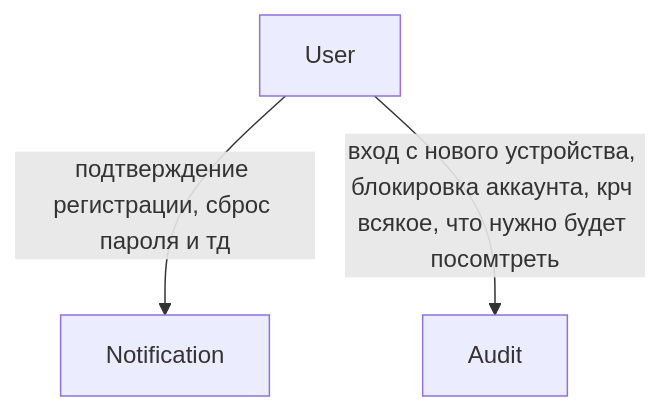
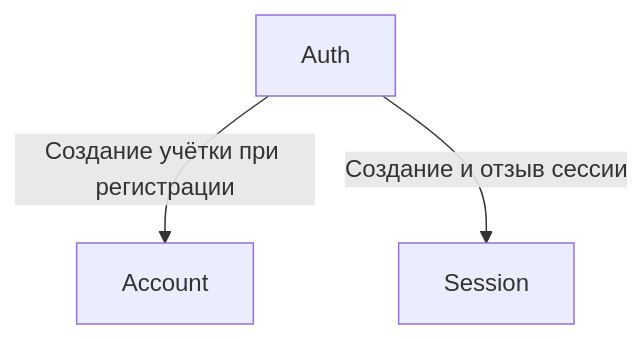
The fifth of 13 diagrams in task1/schema.md (HotCucumber1/account), drawn with Mermaid before and after one commit. The commit also changed other lines of this file and 1 other file, not shown here.

Commit message:
[schema] Вторая версия схемы

````diff
--- a/task1/schema.md
+++ b/task1/schema.md
@@ -124,8 +311,9 @@
 ```mermaid
 flowchart TB
-    N[Notification]
-    U[User]
-    L[Audit]
-    U -->|подтверждение регистрации, сброс пароля и тд| N
-    U -->|вход с нового устройства, блокировка аккаунта, крч всякое, что нужно будет посомтреть| L
+    U[Auth]
+    A[Account]
+    S[Session]
+
+    U -->|Создание учётки при регистрации| A
+    U -->|Создание и отзыв сессии| S
 ```
````
